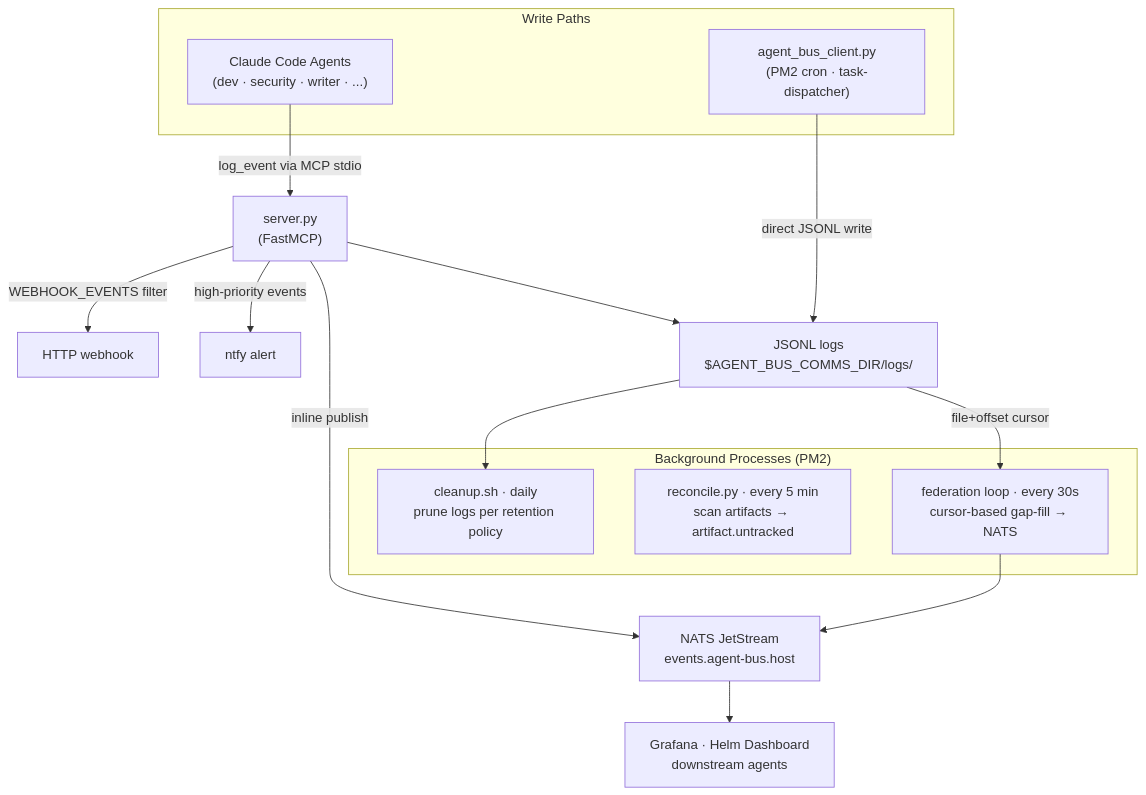
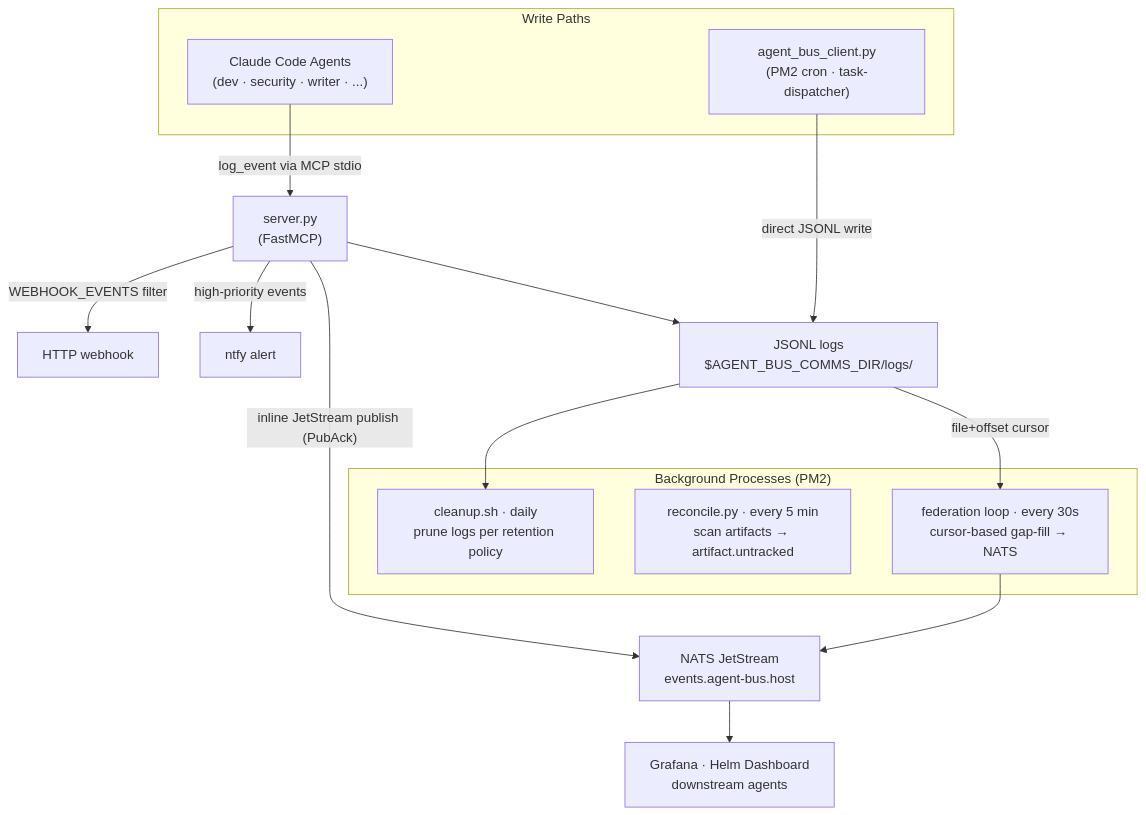
One commit to TadMSTR/agent-bus changed the diagram in README.md. Above: the diagram before and after it, drawn with Mermaid. The commit also changed other lines of this file and 14 other files, not shown here.

First line of the commit message:
Gate the event vocabulary; publish via JetStream so a missing stream is an error

````diff
--- a/README.md
+++ b/README.md
@@ -32,26 +32,26 @@
 ```mermaid
 graph TB
     subgraph Writers["Write Paths"]
         Agents["Claude Code Agents\n(dev · security · writer · ...)"]
         PyClient["agent_bus_client.py\n(PM2 cron · task-dispatcher)"]
     end
 
     Agents -->|"log_event via MCP stdio"| Server["server.py\n(FastMCP)"]
     PyClient -->|"direct JSONL write"| Logs
 
     Server --> Logs["JSONL logs\n$AGENT_BUS_COMMS_DIR/logs/"]
-    Server -->|"inline publish"| NATS["NATS JetStream\nevents.agent-bus.host"]
+    Server -->|"inline JetStream publish (PubAck)"| NATS["NATS JetStream\nevents.agent-bus.host"]
     Server -->|"high-priority events"| Ntfy["ntfy alert"]
     Server -->|"WEBHOOK_EVENTS filter"| Webhook["HTTP webhook"]
 
     subgraph Background["Background Processes (PM2)"]
         Fed["federation loop · every 30s\ncursor-based gap-fill → NATS"]
         Rec["reconcile.py · every 5 min\nscan artifacts → artifact.untracked"]
         Clean["cleanup.sh · daily\nprune logs per retention policy"]
     end
 
     Logs -->|"file+offset cursor"| Fed --> NATS
     Logs --> Clean
 
     NATS --> Downstream["Grafana · Helm Dashboard\ndownstream agents"]
 ```
````
